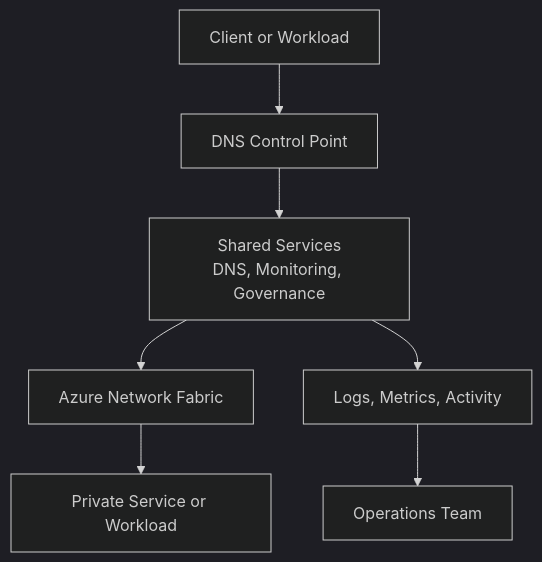
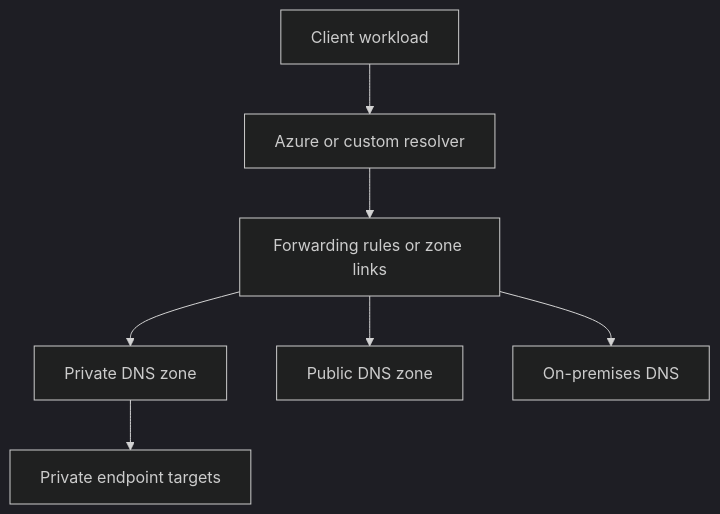
One commit to yeongseon/azure-networking-practical-guide changed the diagram in docs/best-practices/dns-best-practices.md. Above: the diagram before and after it, drawn with Mermaid (dark theme). The commit also changed other lines of this file and 11 other files, not shown here.

````diff
--- a/docs/best-practices/dns-best-practices.md
+++ b/docs/best-practices/dns-best-practices.md
@@ -35,10 +34,9 @@
 ```mermaid
 flowchart TD
-                Source[Client or Workload] --> Control[DNS Control Point]
-                Control --> Shared[Shared Services
-DNS, Monitoring, Governance]
-                Shared --> Azure[Azure Network Fabric]
-                Azure --> Target[Private Service or Workload]
-                Shared --> Logs[Logs, Metrics, Activity]
-                Logs --> Ops[Operations Team]
+    Client[Client workload] --> Resolver[Azure or custom resolver]
+    Resolver --> Ruleset[Forwarding rules or zone links]
+    Ruleset --> PrivateZone[Private DNS zone]
+    Ruleset --> PublicZone[Public DNS zone]
+    Ruleset --> OnPrem[On-premises DNS]
+    PrivateZone --> PrivateEndpoint[Private endpoint targets]
 ```
````
